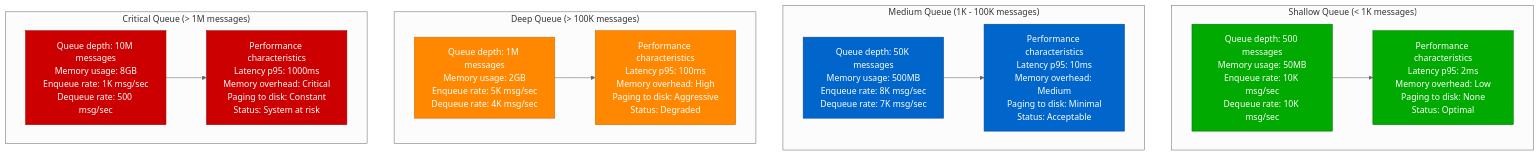
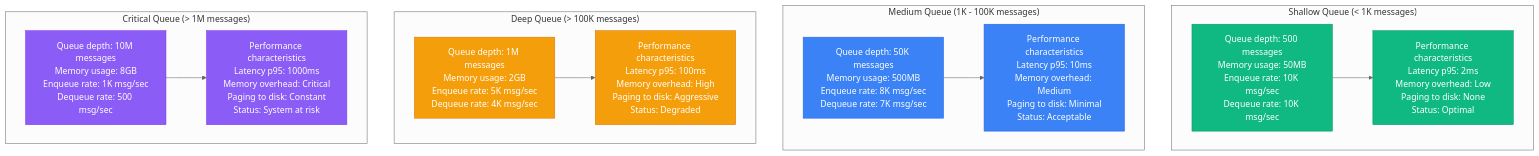
The first of 13 diagrams in site/docs/performance/rabbitmq-performance-profile.md (deepaucksharma/DS), drawn with Mermaid (neutral theme) before and after one commit. The commit also changed other lines of this file and 303 other files, not shown here.

````diff
--- a/site/docs/performance/rabbitmq-performance-profile.md
+++ b/site/docs/performance/rabbitmq-performance-profile.md
@@ -11,44 +11,44 @@
 ```mermaid
 graph TB
     subgraph "Shallow Queue (< 1K messages)"
         SHALLOW1[Queue depth: 500 messages<br/>Memory usage: 50MB<br/>Enqueue rate: 10K msg/sec<br/>Dequeue rate: 10K msg/sec]
 
         SHALLOW2[Performance characteristics<br/>Latency p95: 2ms<br/>Memory overhead: Low<br/>Paging to disk: None<br/>Status: Optimal]
 
         SHALLOW1 --> SHALLOW2
     end
 
     subgraph "Medium Queue (1K - 100K messages)"
         MEDIUM1[Queue depth: 50K messages<br/>Memory usage: 500MB<br/>Enqueue rate: 8K msg/sec<br/>Dequeue rate: 7K msg/sec]
 
         MEDIUM2[Performance characteristics<br/>Latency p95: 10ms<br/>Memory overhead: Medium<br/>Paging to disk: Minimal<br/>Status: Acceptable]
 
         MEDIUM1 --> MEDIUM2
     end
 
     subgraph "Deep Queue (> 100K messages)"
         DEEP1[Queue depth: 1M messages<br/>Memory usage: 2GB<br/>Enqueue rate: 5K msg/sec<br/>Dequeue rate: 4K msg/sec]
 
         DEEP2[Performance characteristics<br/>Latency p95: 100ms<br/>Memory overhead: High<br/>Paging to disk: Aggressive<br/>Status: Degraded]
 
         DEEP1 --> DEEP2
     end
 
     subgraph "Critical Queue (> 1M messages)"
         CRITICAL1[Queue depth: 10M messages<br/>Memory usage: 8GB<br/>Enqueue rate: 1K msg/sec<br/>Dequeue rate: 500 msg/sec]
 
         CRITICAL2[Performance characteristics<br/>Latency p95: 1000ms<br/>Memory overhead: Critical<br/>Paging to disk: Constant<br/>Status: System at risk]
 
         CRITICAL1 --> CRITICAL2
     end
 
-    classDef shallowStyle fill:#00AA00,stroke:#007700,color:#fff
-    classDef mediumStyle fill:#0066CC,stroke:#004499,color:#fff
-    classDef deepStyle fill:#FF8800,stroke:#CC6600,color:#fff
-    classDef criticalStyle fill:#CC0000,stroke:#990000,color:#fff
+    classDef shallowStyle fill:#10B981,stroke:#059669,color:#fff
+    classDef mediumStyle fill:#3B82F6,stroke:#2563EB,color:#fff
+    classDef deepStyle fill:#F59E0B,stroke:#D97706,color:#fff
+    classDef criticalStyle fill:#8B5CF6,stroke:#7C3AED,color:#fff
 
     class SHALLOW1,SHALLOW2 shallowStyle
     class MEDIUM1,MEDIUM2 mediumStyle
     class DEEP1,DEEP2 deepStyle
     class CRITICAL1,CRITICAL2 criticalStyle
 ```
````
